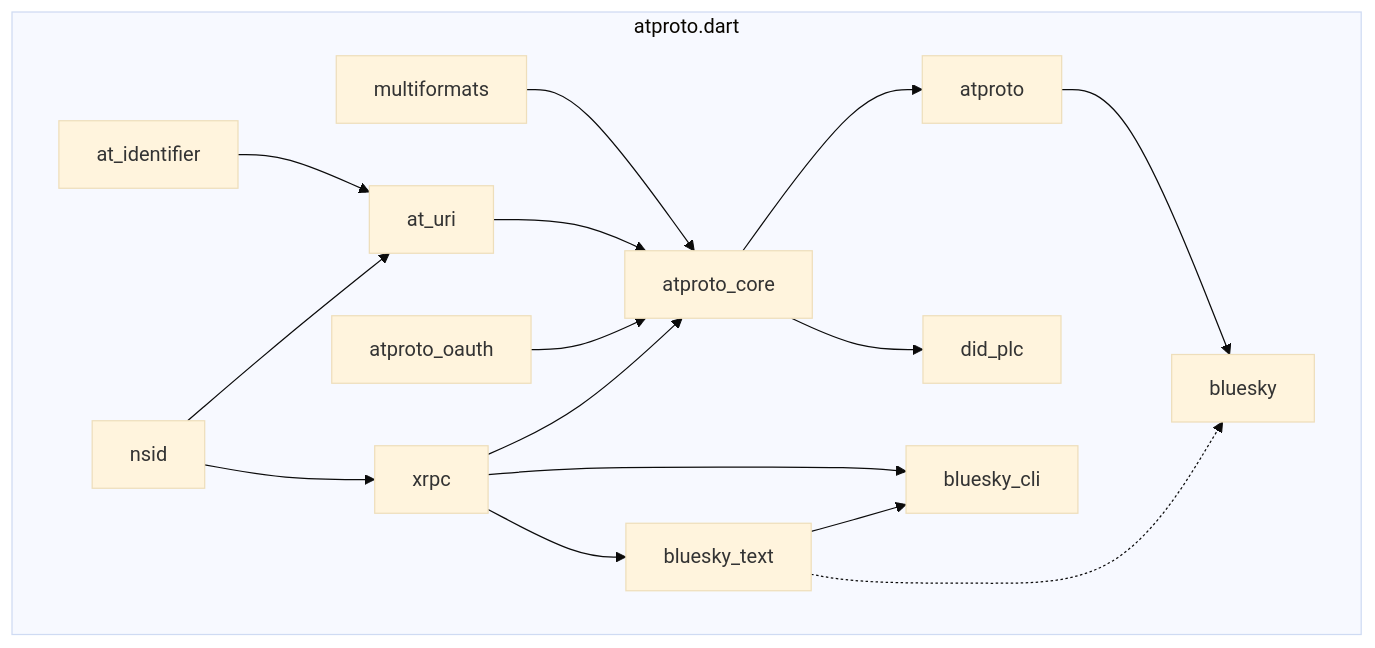
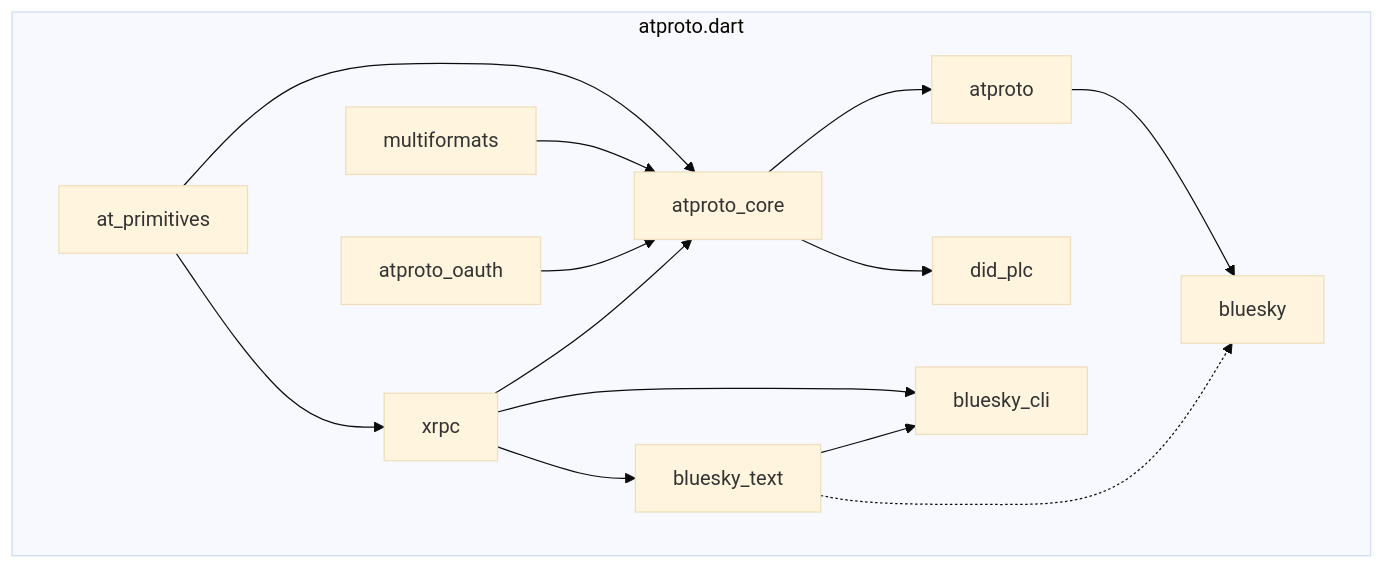
Before and after one commit to myConsciousness/atproto.dart: the diagram in website/docs/packages/overview.md, drawn with Mermaid (base theme). The commit also changed other lines of this file and 86 other files, not shown here.

First line of the commit message:
feat: consolidate at_identifier, at_uri, and nsid into at_primitives

````diff
--- a/website/docs/packages/overview.md
+++ b/website/docs/packages/overview.md
@@ -67,23 +65,21 @@
 ```mermaid
 flowchart TD
     subgraph atproto.dart
-    at_identifier --> at_uri;
-    nsid --> at_uri;
+    at_primitives --> atproto_core;
     multiformats --> atproto_core;
 
-    nsid --> xrpc;
-    at_uri --> atproto_core;
+    at_primitives --> xrpc;
     atproto_oauth --> atproto_core;
     xrpc --> atproto_core;
 
     atproto_core --> atproto;
     atproto_core --> did_plc;
     atproto --> bluesky;
 
     xrpc --> bluesky_text
     xrpc --> bluesky_cli
 
     bluesky_text -.-> bluesky
     bluesky_text --> bluesky_cli
     end
 ```
````
